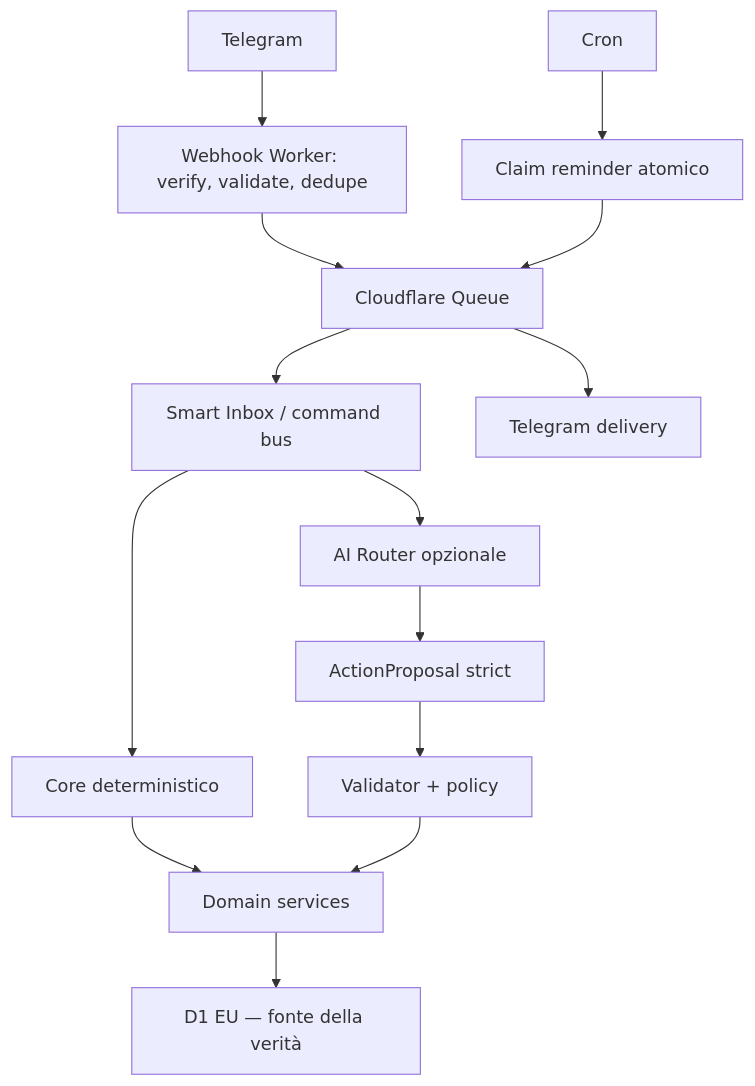
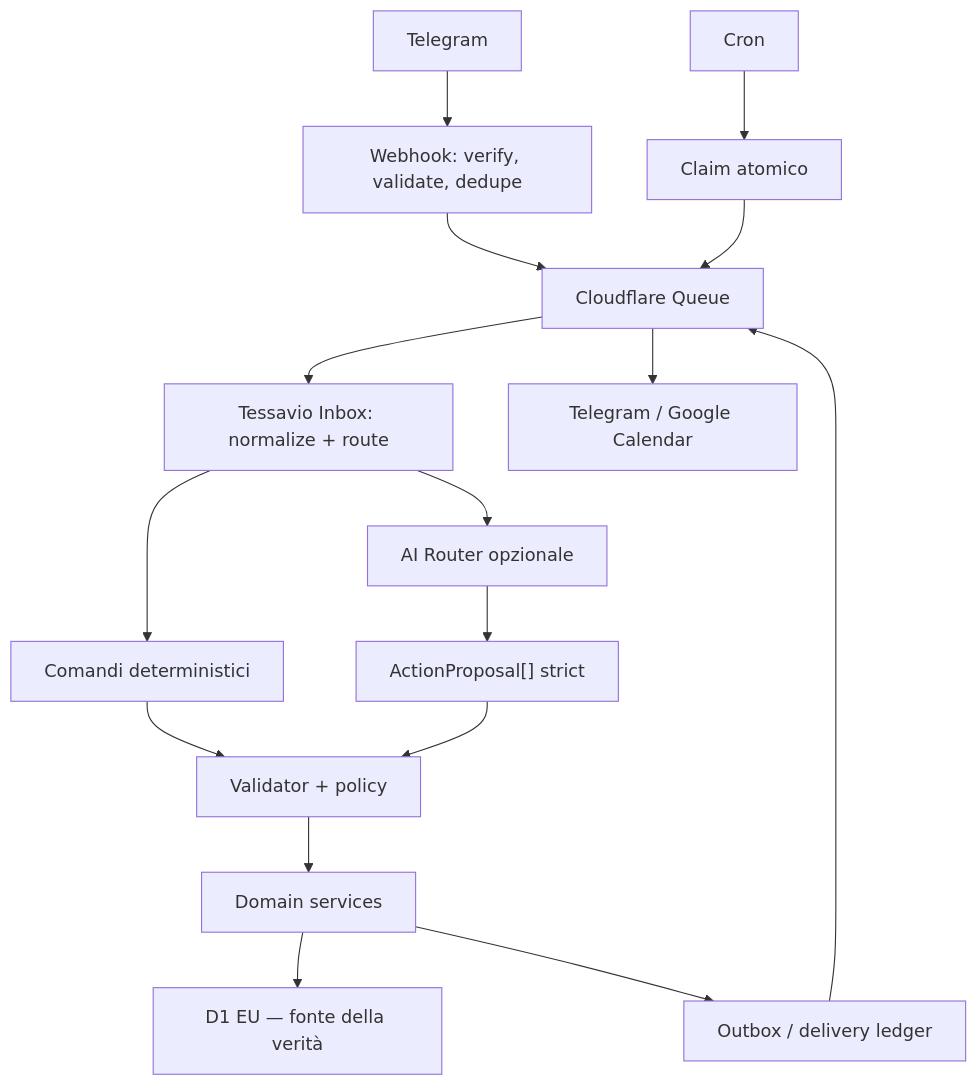
Before and after one commit to Sunacchi/Tessavio: the diagram in docs/architecture/ARCHITECTURE.md, drawn with Mermaid. The commit also changed other lines of this file and 37 other files, not shown here.

````diff
--- a/docs/architecture/ARCHITECTURE.md
+++ b/docs/architecture/ARCHITECTURE.md
@@ -5,16 +5,18 @@
 ```mermaid
 flowchart TD
-    TG["Telegram"] --> WH["Webhook Worker: verify, validate, dedupe"]
+    TG["Telegram"] --> WH["Webhook: verify, validate, dedupe"]
     WH --> Q["Cloudflare Queue"]
-    Q --> SI["Smart Inbox / command bus"]
-    SI --> DET["Core deterministico"]
-    SI --> AIR["AI Router opzionale"]
-    AIR --> AP["ActionProposal strict"]
-    AP --> VAL["Validator + policy"]
-    DET --> DOM["Domain services"]
-    VAL --> DOM
+    Q --> IN["Tessavio Inbox: normalize + route"]
+    IN --> CMD["Comandi deterministici"]
+    IN --> AIR["AI Router opzionale"]
+    AIR --> AP["ActionProposal[] strict"]
+    CMD --> VAL["Validator + policy"]
+    AP --> VAL
+    VAL --> DOM["Domain services"]
     DOM --> D1["D1 EU — fonte della verità"]
-    CRON["Cron"] --> CLAIM["Claim reminder atomico"]
+    CRON["Cron"] --> CLAIM["Claim atomico"]
     CLAIM --> Q
-    Q --> SEND["Telegram delivery"]
+    DOM --> OUT["Outbox / delivery ledger"]
+    OUT --> Q
+    Q --> TGOUT["Telegram / Google Calendar"]
 ```
````
